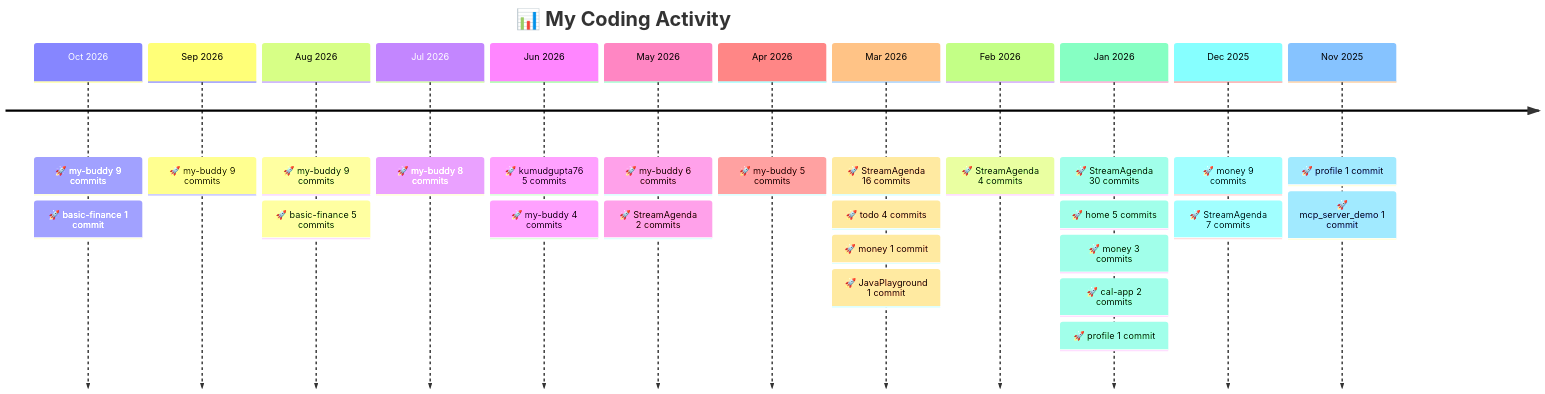
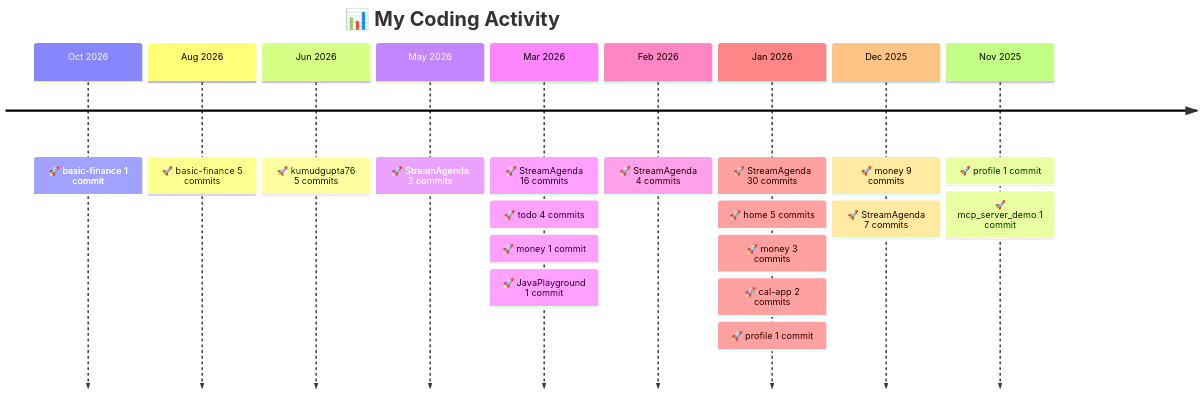
Before and after one commit to kumudgupta76/kumudgupta76: the diagram in README.md, drawn with Mermaid. The commit also changed other lines of this file, not shown here.

Commit message:
chore: update project timeline [skip ci]

````diff
--- a/README.md
+++ b/README.md
@@ -39,16 +39,13 @@
 ```mermaid
 timeline
     title 📊 My Coding Activity
-    Oct 2026 : 🚀 my-buddy 9 commits : 🚀 basic-finance 1 commit
-    Sep 2026 : 🚀 my-buddy 9 commits
-    Aug 2026 : 🚀 my-buddy 9 commits : 🚀 basic-finance 5 commits
-    Jul 2026 : 🚀 my-buddy 8 commits
-    Jun 2026 : 🚀 kumudgupta76 5 commits : 🚀 my-buddy 4 commits
-    May 2026 : 🚀 my-buddy 6 commits : 🚀 StreamAgenda 2 commits
-    Apr 2026 : 🚀 my-buddy 5 commits
+    Oct 2026 : 🚀 basic-finance 1 commit
+    Aug 2026 : 🚀 basic-finance 5 commits
+    Jun 2026 : 🚀 kumudgupta76 5 commits
+    May 2026 : 🚀 StreamAgenda 2 commits
     Mar 2026 : 🚀 StreamAgenda 16 commits : 🚀 todo 4 commits : 🚀 money 1 commit : 🚀 JavaPlayground 1 commit
     Feb 2026 : 🚀 StreamAgenda 4 commits
     Jan 2026 : 🚀 StreamAgenda 30 commits : 🚀 home 5 commits : 🚀 money 3 commits : 🚀 cal-app 2 commits : 🚀 profile 1 commit
     Dec 2025 : 🚀 money 9 commits : 🚀 StreamAgenda 7 commits
     Nov 2025 : 🚀 profile 1 commit : 🚀 mcp_server_demo 1 commit
 ```
````
